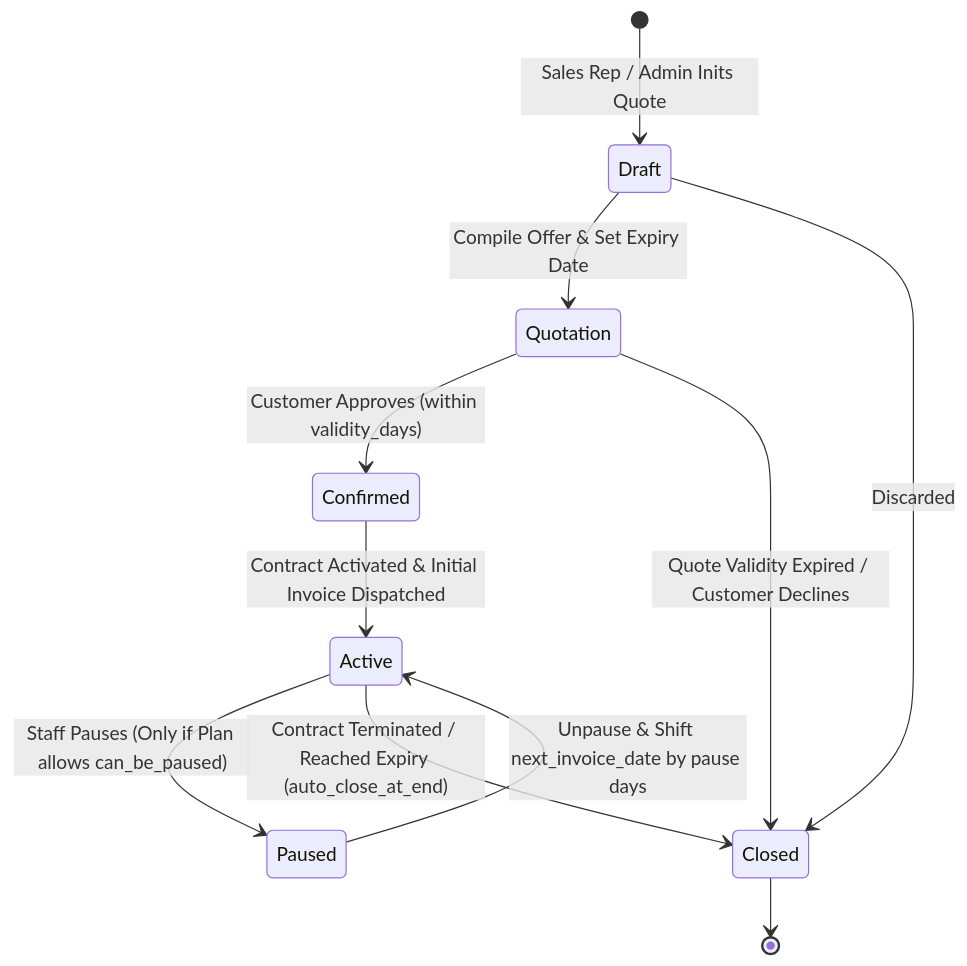
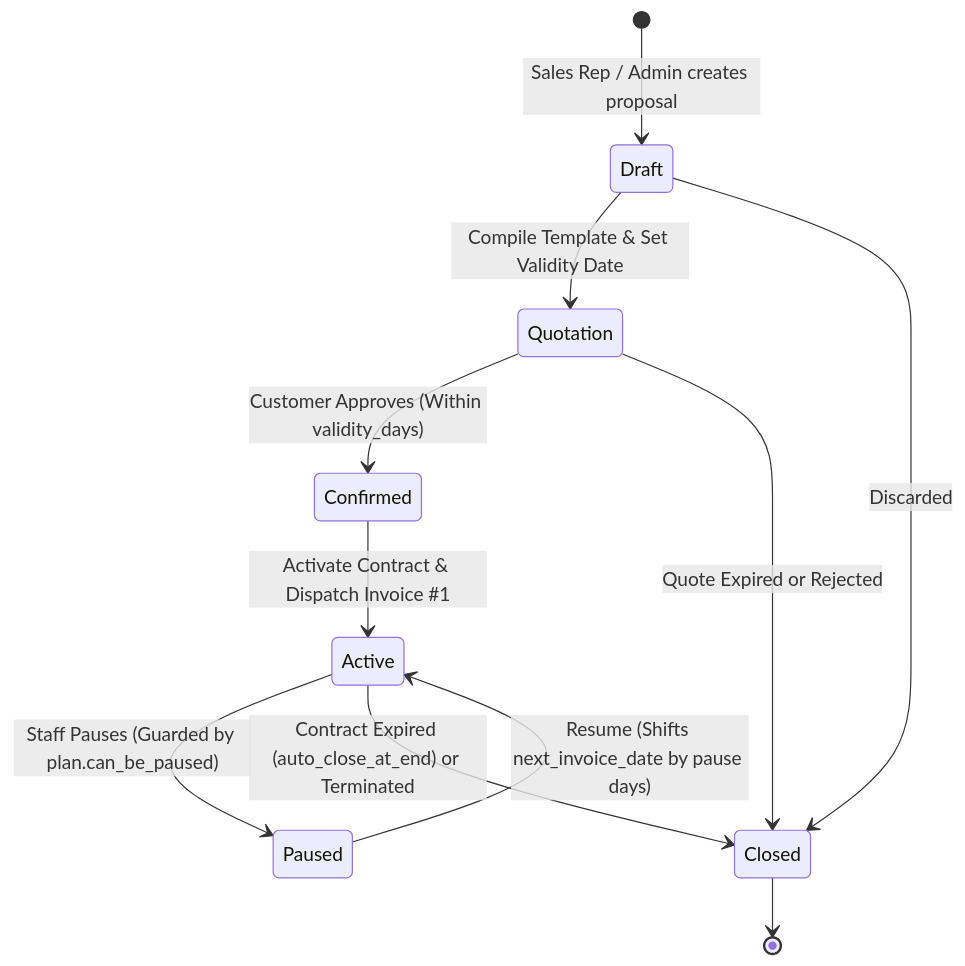
Before and after one commit to Niss54/Subscription_Management_System: the diagram in PRD_PHASE_2.md, drawn with Mermaid. The commit also changed other lines of this file and 2 other files, not shown here.

Commit message:
docs: upgrade 3 PRD files to masterclass edition with Next.js 15, Supabase RLS, GSAP/Three.js design system, and judge-winning criteria

````diff
--- a/PRD_PHASE_2.md
+++ b/PRD_PHASE_2.md
@@ -106,17 +151,17 @@
 ```mermaid
 stateDiagram-v2
-    [*] --> Draft : Sales Rep / Admin Inits Quote
-    Draft --> Quotation : Compile Offer & Set Expiry Date
+    [*] --> Draft : Sales Rep / Admin creates proposal
+    Draft --> Quotation : Compile Template & Set Validity Date
     
-    Quotation --> Confirmed : Customer Approves (within validity_days)
-    Quotation --> Closed : Quote Validity Expired / Customer Declines
+    Quotation --> Confirmed : Customer Approves (Within validity_days)
+    Quotation --> Closed : Quote Expired or Rejected
     
-    Confirmed --> Active : Contract Activated & Initial Invoice Dispatched
+    Confirmed --> Active : Activate Contract & Dispatch Invoice #1
     
-    Active --> Paused : Staff Pauses (Only if Plan allows can_be_paused)
-    Paused --> Active : Unpause & Shift next_invoice_date by pause days
+    Active --> Paused : Staff Pauses (Guarded by plan.can_be_paused)
+    Paused --> Active : Resume (Shifts next_invoice_date by pause days)
     
-    Active --> Closed : Contract Terminated / Reached Expiry (auto_close_at_end)
+    Active --> Closed : Contract Expired (auto_close_at_end) or Terminated
     Draft --> Closed : Discarded
     Closed --> [*]
 ```
````
